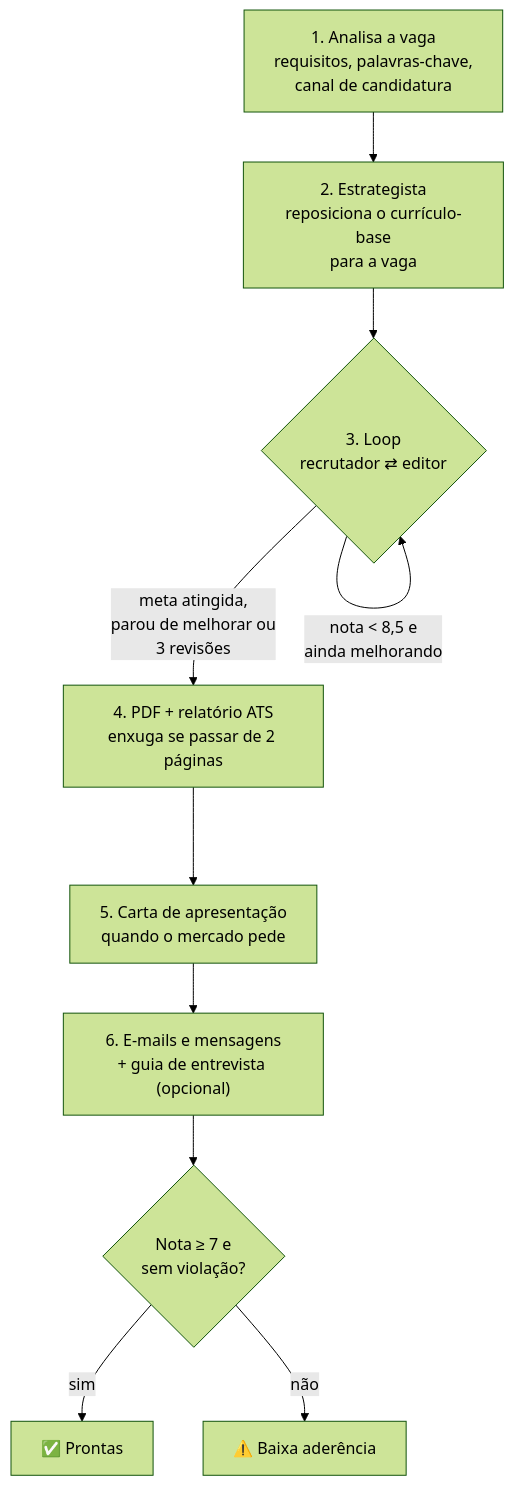
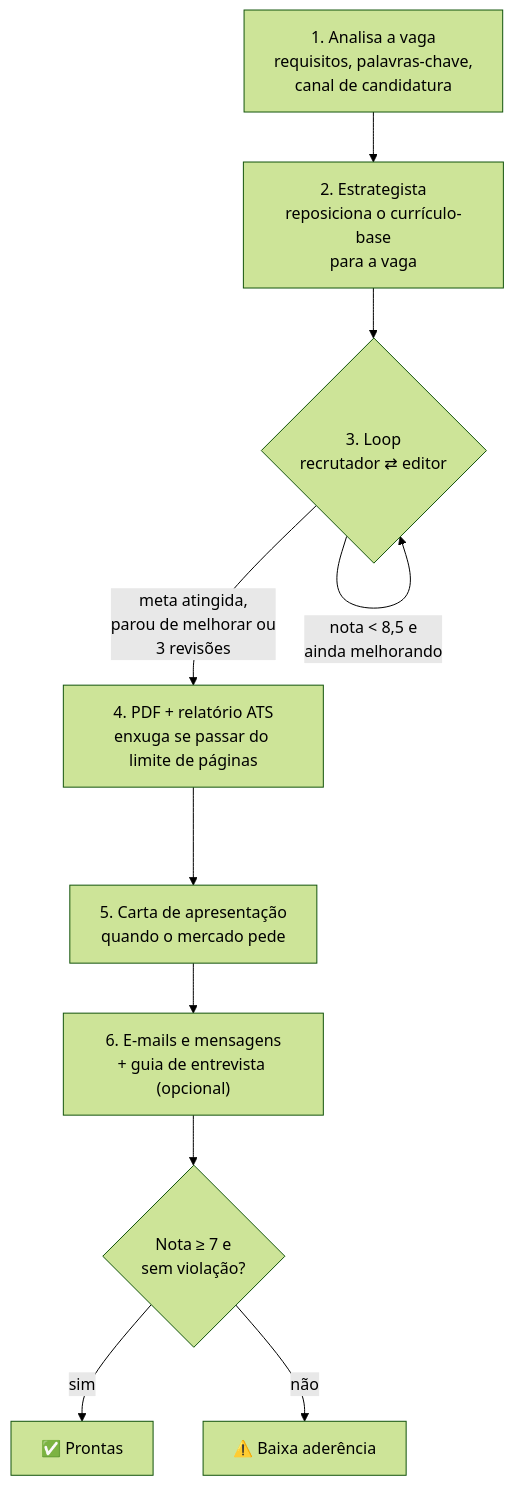
Before and after one commit to GabrielMello1407/auto-job-finder: the fourth of 6 diagrams in docs/como-funciona.md, drawn with Mermaid (forest theme). The commit also changed other lines of this file and 26 other files, not shown here.

````diff
--- a/docs/como-funciona.md
+++ b/docs/como-funciona.md
@@ -256,12 +259,12 @@
 ```mermaid
 flowchart TD
     A["1. Analisa a vaga<br/>requisitos, palavras-chave,<br/>canal de candidatura"] --> B["2. Estrategista<br/>reposiciona o currículo-base<br/>para a vaga"]
     B --> C{"3. Loop<br/>recrutador ⇄ editor"}
     C -- "nota < 8,5 e<br/>ainda melhorando" --> C
-    C -- "meta atingida,<br/>parou de melhorar ou<br/>3 revisões" --> D["4. PDF + relatório ATS<br/>enxuga se passar de 2 páginas"]
+    C -- "meta atingida,<br/>parou de melhorar ou<br/>3 revisões" --> D["4. PDF + relatório ATS<br/>enxuga se passar do limite de páginas"]
     D --> E["5. Carta de apresentação<br/>quando o mercado pede"]
     E --> F["6. E-mails e mensagens<br/>+ guia de entrevista (opcional)"]
     F --> G{"Nota ≥ 7 e<br/>sem violação?"}
     G -- sim --> H["✅ Prontas"]
     G -- não --> I["⚠️ Baixa aderência"]
 ```
````
